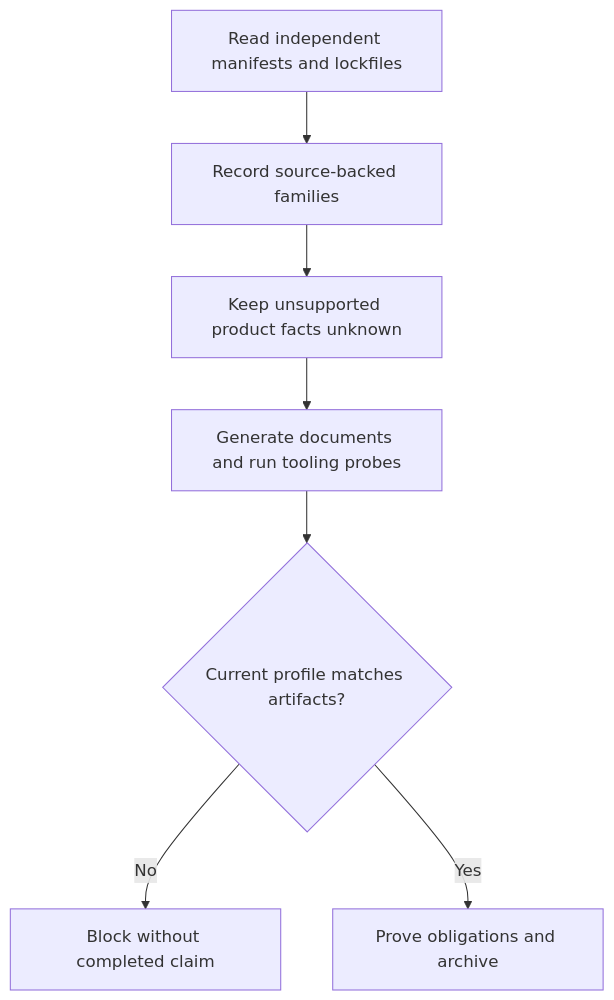
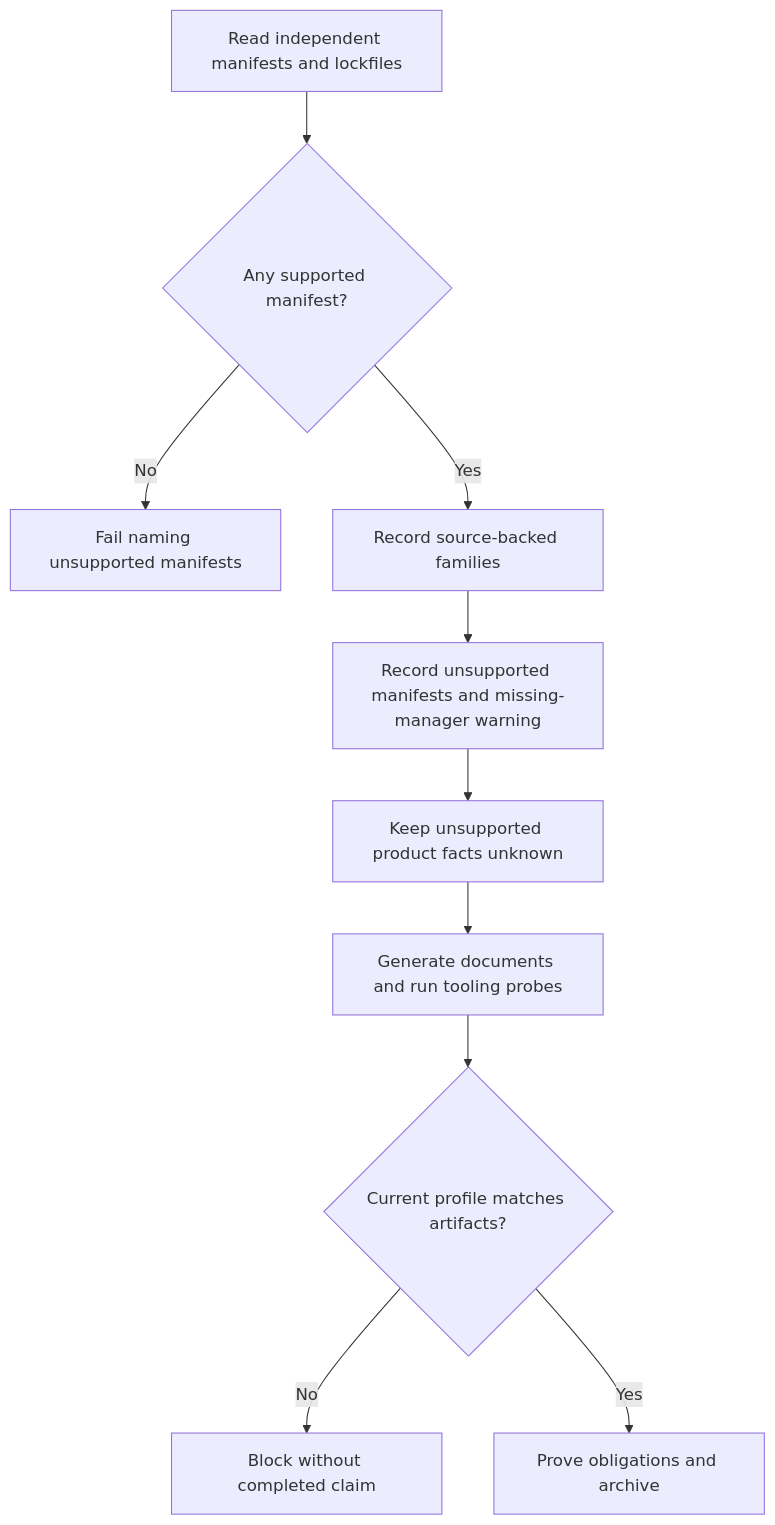
The first of 2 diagrams in .specs/features/080-autonomous-from-code-recovery/spec.md (julien-m/livespec), drawn with Mermaid before and after one commit. The commit also changed other lines of this file and 12 other files, not shown here.

First line of the commit message:
fix(init): record unsupported manifests and warn on missing package manager (080 FR-001)

````diff
--- a/.specs/features/080-autonomous-from-code-recovery/spec.md
+++ b/.specs/features/080-autonomous-from-code-recovery/spec.md
@@ -59,9 +67,12 @@
 ```mermaid
 flowchart TD
-    M[Read independent manifests and lockfiles] --> F[Record source-backed families]
-    F --> U[Keep unsupported product facts unknown]
+    M[Read independent manifests and lockfiles] --> S{Any supported manifest?}
+    S -- No --> X[Fail naming unsupported manifests]
+    S -- Yes --> F[Record source-backed families]
+    F --> R[Record unsupported manifests and missing-manager warning]
+    R --> U[Keep unsupported product facts unknown]
     U --> G[Generate documents and run tooling probes]
     G --> V{Current profile matches artifacts?}
     V -- No --> B[Block without completed claim]
     V -- Yes --> P[Prove obligations and archive]
 ```
````
